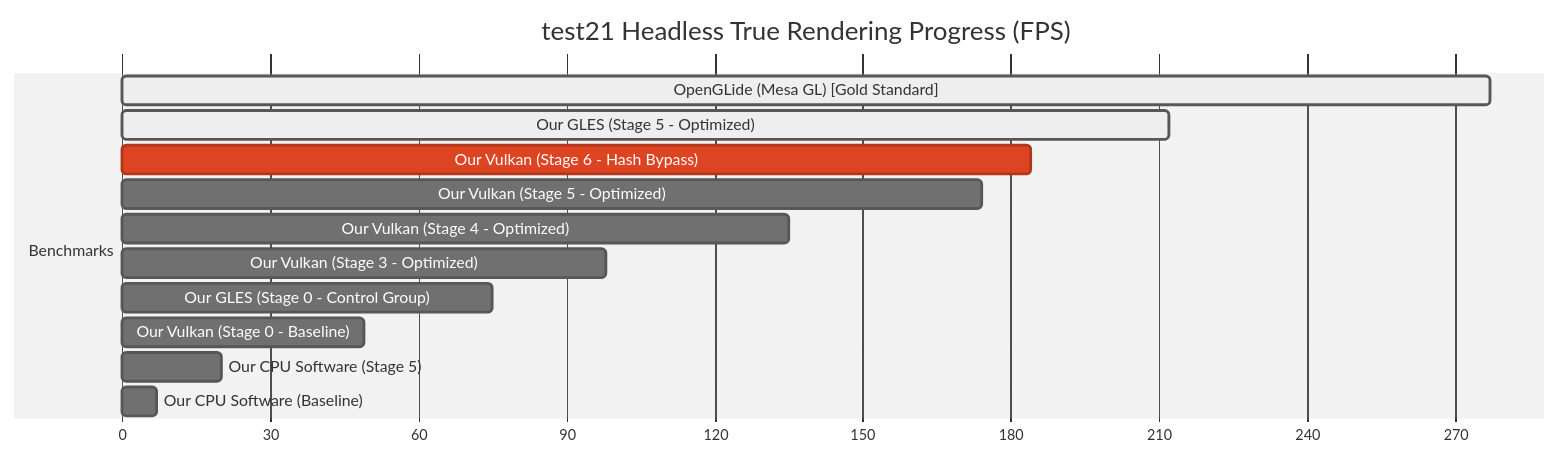
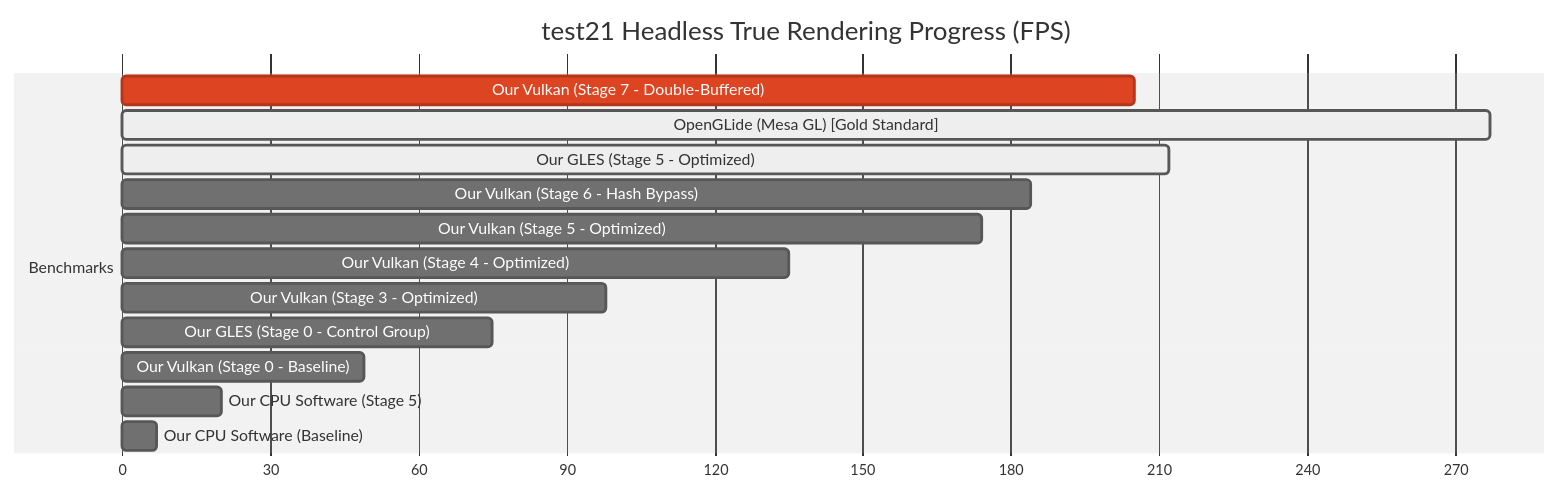
One commit to eugenenuke/glide-ng changed the diagram in docs/vulkan_performance_tracker.md. Above: the diagram before and after it, drawn with Mermaid (neutral theme). The commit also changed other lines of this file and 2 other files, not shown here.

Commit message:
Implement Vulkan Frame-Resource Double Buffering to enable fully asynchronous queue submission

````diff
--- a/docs/vulkan_performance_tracker.md
+++ b/docs/vulkan_performance_tracker.md
@@ -113,17 +115,18 @@
 ```mermaid
 gantt
     title test21 Headless True Rendering Progress (FPS)
     dateFormat  X
     axisFormat %s
     section Benchmarks
-    OpenGLide (Mesa GL) [Gold Standard] : active, 0, 277
-    Our GLES (Stage 5 - Optimized)     : active, 0, 212
-    Our Vulkan (Stage 6 - Hash Bypass)  : crit, 0, 184
-    Our Vulkan (Stage 5 - Optimized)   : 0, 174
-    Our Vulkan (Stage 4 - Optimized)   : 0, 135
-    Our Vulkan (Stage 3 - Optimized)   : 0, 98
-    Our GLES (Stage 0 - Control Group)  : 0, 75
-    Our Vulkan (Stage 0 - Baseline)    : 0, 49
-    Our CPU Software (Stage 5)         : 0, 20
-    Our CPU Software (Baseline)        : 0, 7
+    Our Vulkan (Stage 7 - Double-Buffered) : crit, 0, 205
+    OpenGLide (Mesa GL) [Gold Standard]   : active, 0, 277
+    Our GLES (Stage 5 - Optimized)       : active, 0, 212
+    Our Vulkan (Stage 6 - Hash Bypass)    : 0, 184
+    Our Vulkan (Stage 5 - Optimized)     : 0, 174
+    Our Vulkan (Stage 4 - Optimized)     : 0, 135
+    Our Vulkan (Stage 3 - Optimized)     : 0, 98
+    Our GLES (Stage 0 - Control Group)    : 0, 75
+    Our Vulkan (Stage 0 - Baseline)      : 0, 49
+    Our CPU Software (Stage 5)           : 0, 20
+    Our CPU Software (Baseline)          : 0, 7
 ```
````
